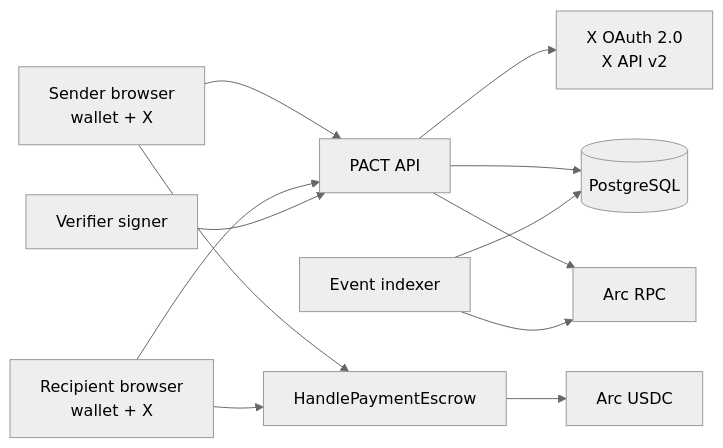
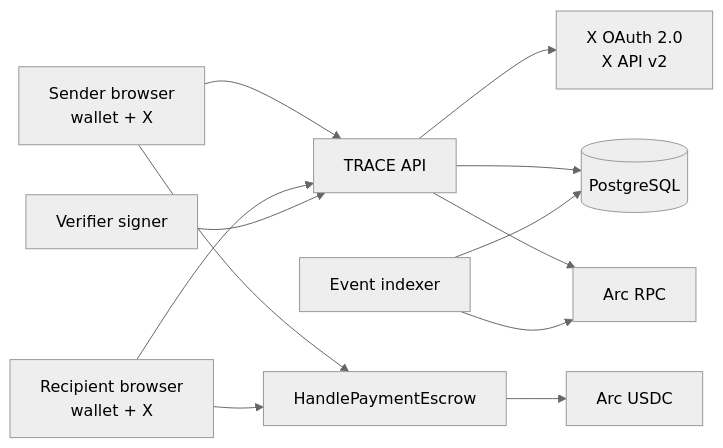
The first of 3 diagrams in docs/architecture.md (sorbitov/trace-project), drawn with Mermaid (neutral theme) before and after one commit. The commit also changed other lines of this file and 201 other files, not shown here.

````diff
--- a/docs/architecture.md
+++ b/docs/architecture.md
@@ -13,14 +13,14 @@
 ```mermaid
 flowchart LR
-    S[Sender browser<br/>wallet + X] --> API[PACT API]
+    S[Sender browser<br/>wallet + X] --> API[TRACE API]
     R[Recipient browser<br/>wallet + X] --> API
     API --> X[X OAuth 2.0<br/>X API v2]
     API --> DB[(PostgreSQL)]
     API --> RPC[Arc RPC]
     S --> ESCROW[HandlePaymentEscrow]
     R --> ESCROW
     ESCROW --> USDC[Arc USDC]
     IDX[Event indexer] --> RPC
     IDX --> DB
     SIGNER[Verifier signer] --> API
 ```
````
